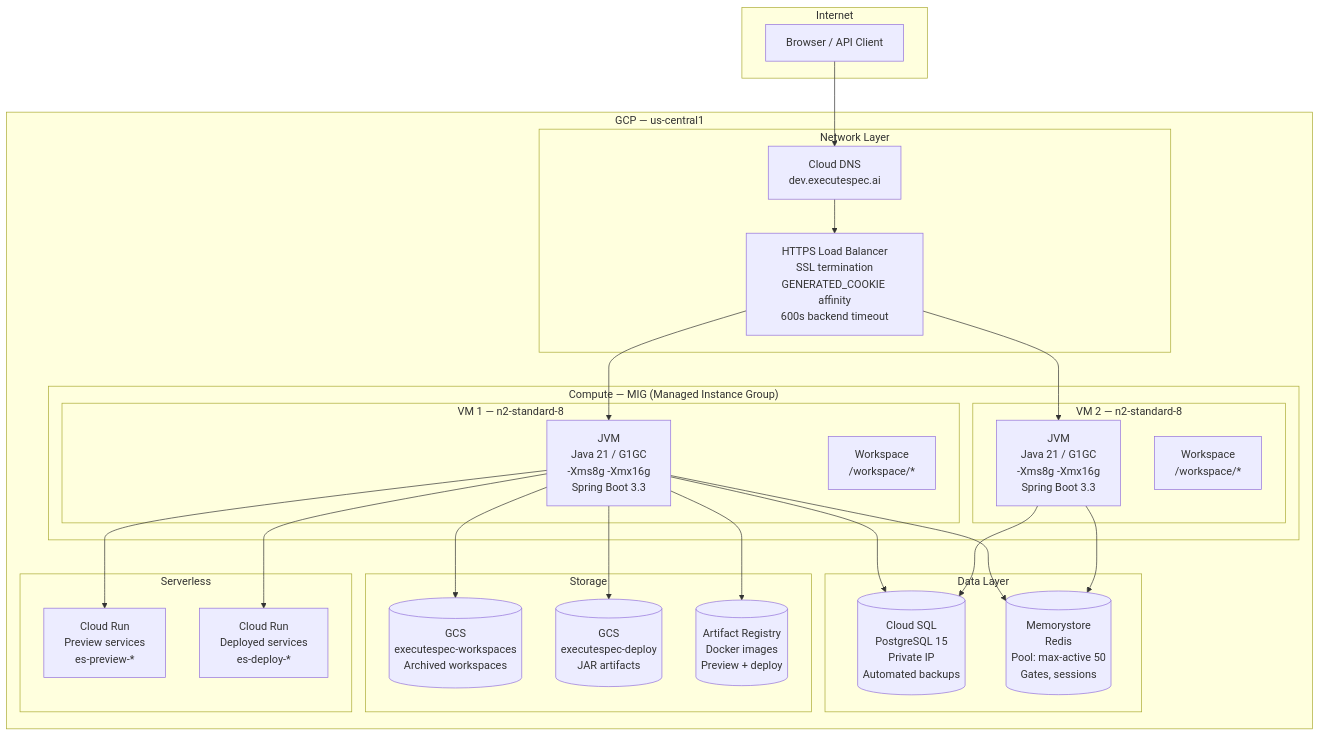
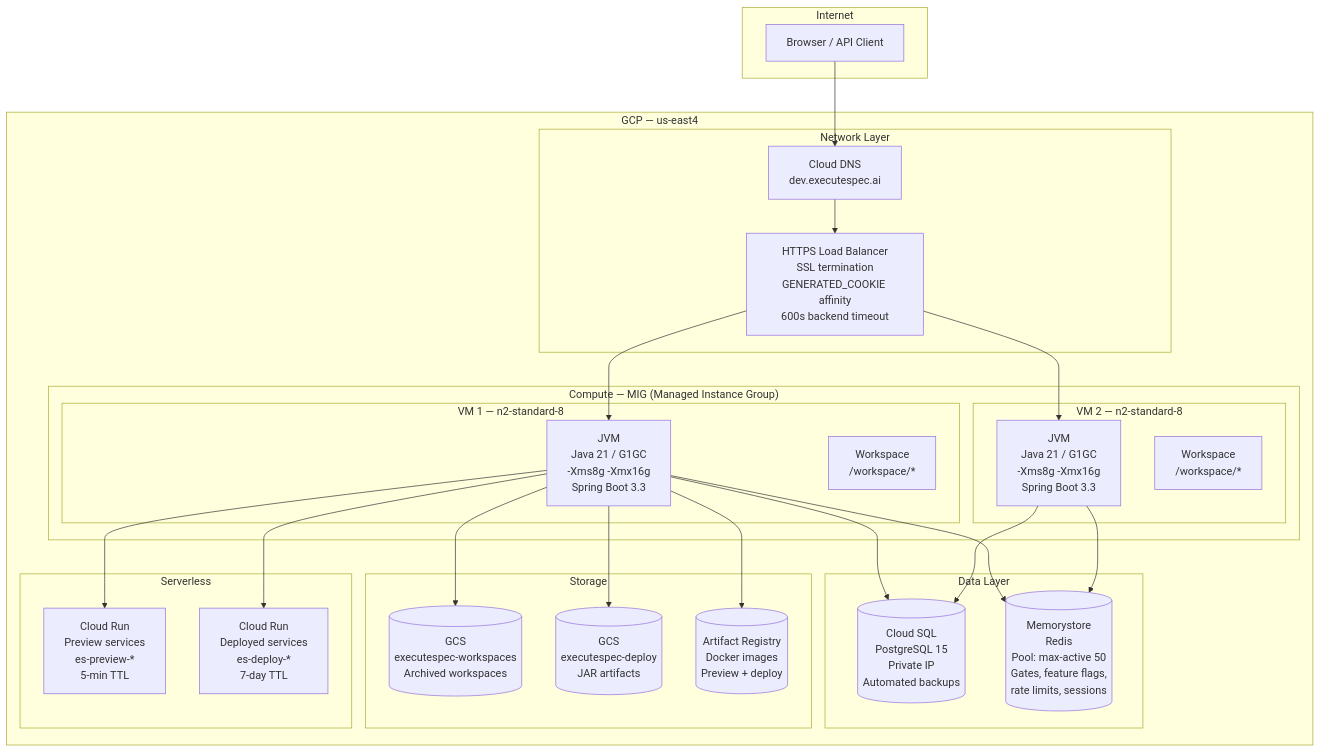
One commit to navneetprabhakar/executespec changed the second of 13 diagrams in docs/ARCHITECTURE.md. Above: the diagram before and after it, drawn with Mermaid. The commit also changed other lines of this file and 47 other files, not shown here.

````diff
--- a/docs/ARCHITECTURE.md
+++ b/docs/ARCHITECTURE.md
@@ -47,53 +51,53 @@
 ```mermaid
 graph TB
     subgraph "Internet"
         Client[Browser / API Client]
     end
 
-    subgraph "GCP — us-central1"
+    subgraph "GCP — us-east4"
         subgraph "Network Layer"
             DNS[Cloud DNS<br/>dev.executespec.ai]
             LB[HTTPS Load Balancer<br/>SSL termination<br/>GENERATED_COOKIE affinity<br/>600s backend timeout]
         end
 
         subgraph "Compute — MIG (Managed Instance Group)"
             subgraph "VM 1 — n2-standard-8"
                 JVM1[JVM<br/>Java 21 / G1GC<br/>-Xms8g -Xmx16g<br/>Spring Boot 3.3]
                 WS1[Workspace<br/>/workspace/*]
             end
             subgraph "VM 2 — n2-standard-8"
                 JVM2[JVM<br/>Java 21 / G1GC<br/>-Xms8g -Xmx16g<br/>Spring Boot 3.3]
                 WS2[Workspace<br/>/workspace/*]
             end
         end
 
         subgraph "Data Layer"
             SQL[(Cloud SQL<br/>PostgreSQL 15<br/>Private IP<br/>Automated backups)]
-            REDIS[(Memorystore<br/>Redis<br/>Pool: max-active 50<br/>Gates, sessions)]
+            REDIS[(Memorystore<br/>Redis<br/>Pool: max-active 50<br/>Gates, feature flags,<br/>rate limits, sessions)]
         end
 
         subgraph "Storage"
             GCS_WS[(GCS<br/>executespec-workspaces<br/>Archived workspaces)]
             GCS_DEP[(GCS<br/>executespec-deploy<br/>JAR artifacts)]
             AR[(Artifact Registry<br/>Docker images<br/>Preview + deploy)]
         end
 
         subgraph "Serverless"
-            CR1[Cloud Run<br/>Preview services<br/>es-preview-*]
-            CR2[Cloud Run<br/>Deployed services<br/>es-deploy-*]
+            CR1[Cloud Run<br/>Preview services<br/>es-preview-*<br/>5-min TTL]
+            CR2[Cloud Run<br/>Deployed services<br/>es-deploy-*<br/>7-day TTL]
         end
     end
 
     Client --> DNS --> LB
     LB --> JVM1
     LB --> JVM2
     JVM1 --> SQL
     JVM2 --> SQL
     JVM1 --> REDIS
     JVM2 --> REDIS
     JVM1 --> GCS_WS
     JVM1 --> GCS_DEP
     JVM1 --> AR
     JVM1 --> CR1
     JVM1 --> CR2
 ```
````
